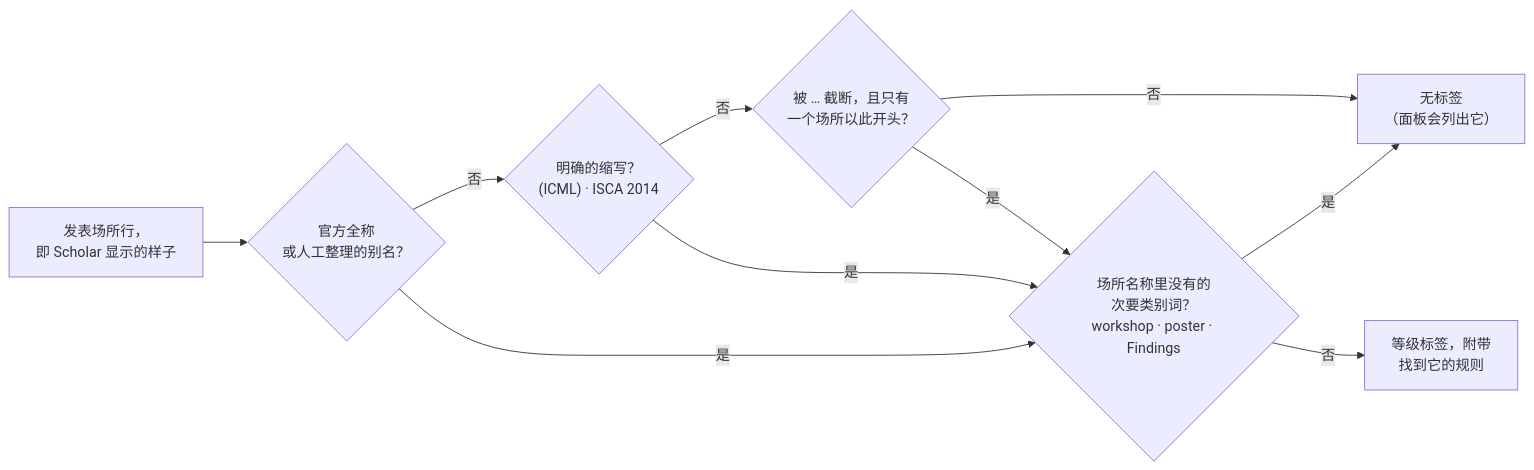
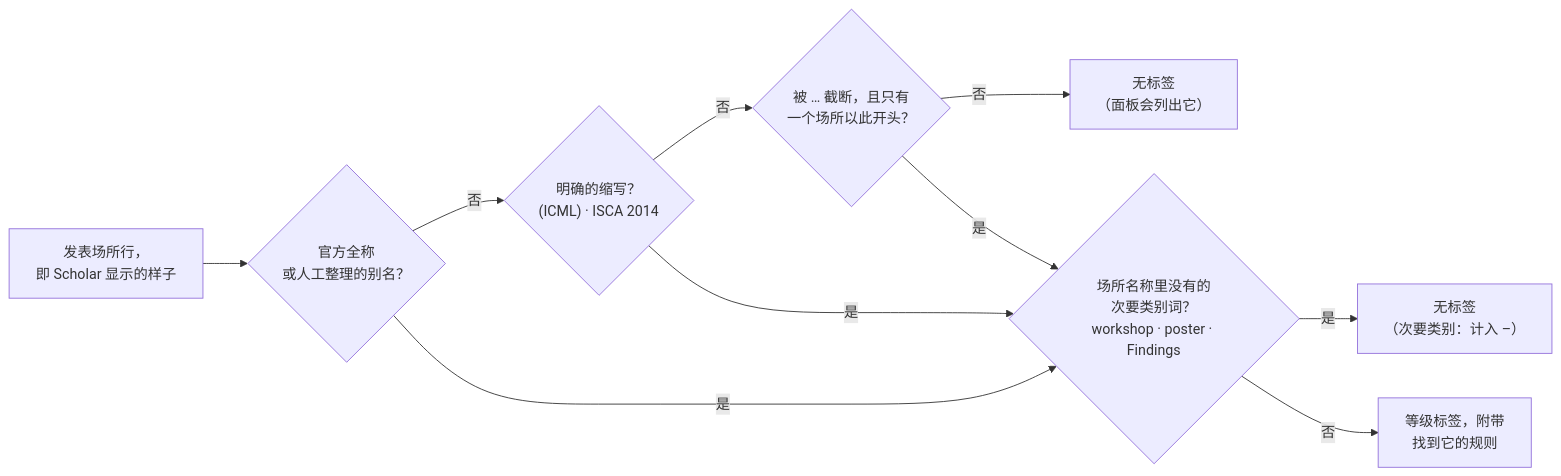
One commit to boyugou/better-scholar changed the second of 3 diagrams in README.zh-CN.md. Above: the diagram before and after it, drawn with Mermaid. The commit also changed other lines of this file and 43 other files, not shown here.

````diff
--- a/README.zh-CN.md
+++ b/README.zh-CN.md
@@ -118,12 +118,12 @@
 ```mermaid
 flowchart LR
   A["发表场所行，<br/>即 Scholar 显示的样子"] --> B{"官方全称<br/>或人工整理的别名？"}
   B -- 否 --> C{"明确的缩写？<br/>(ICML) · ISCA 2014"}
   C -- 否 --> D{"被 … 截断，且只有<br/>一个场所以此开头？"}
   D -- 否 --> X["无标签<br/>（面板会列出它）"]
   B -- 是 --> T{"场所名称里没有的<br/>次要类别词？<br/>workshop · poster · Findings"}
   C -- 是 --> T
   D -- 是 --> T
-  T -- 是 --> X
+  T -- 是 --> Y["无标签<br/>（次要类别：计入 –）"]
   T -- 否 --> R["等级标签，附带<br/>找到它的规则"]
 ```
````
